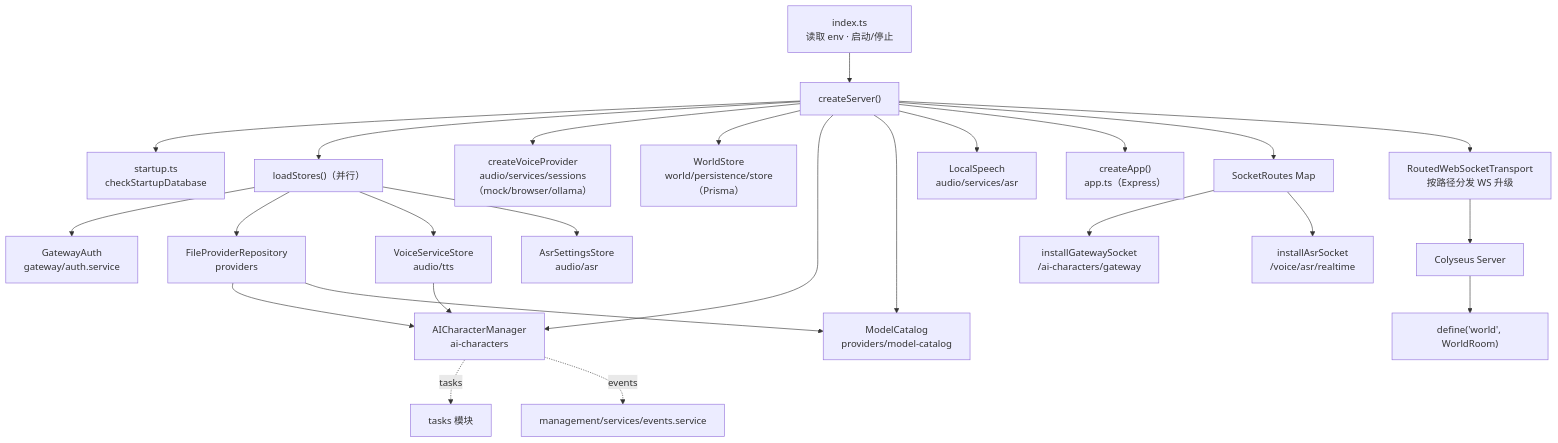
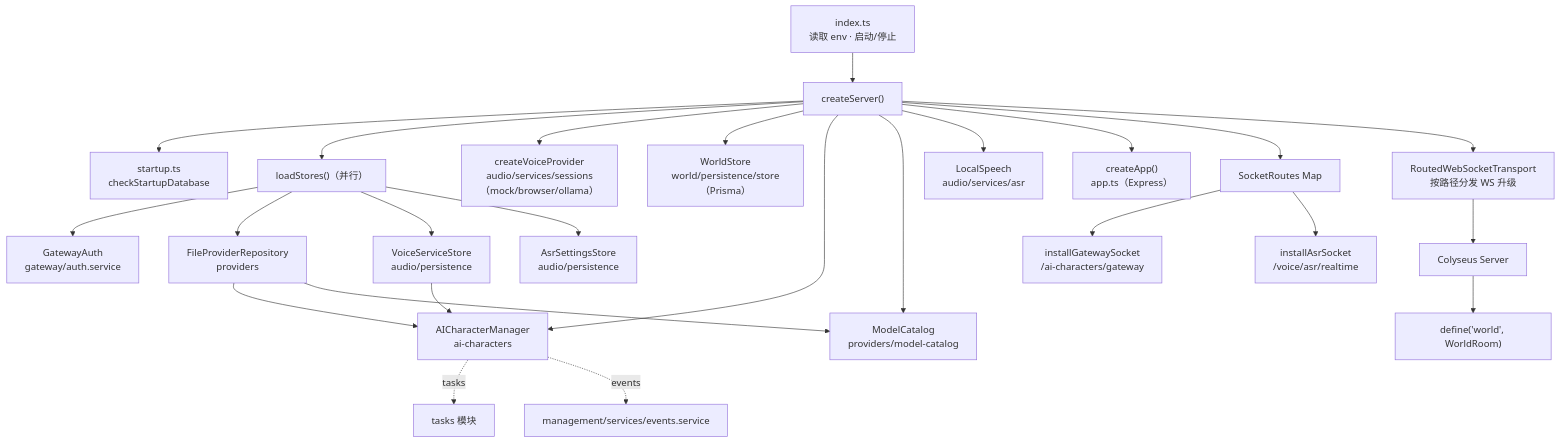
Before and after one commit to lulabs-org/embocraft: the fourth of 14 diagrams in docs/guide/architecture-diagrams.md, drawn with Mermaid. The commit also changed 27 other files, not shown here.

Commit message:
refactor(server): organize audio configuration persistence

````diff
--- a/docs/guide/architecture-diagrams.md
+++ b/docs/guide/architecture-diagrams.md
@@ -87,32 +87,32 @@
 ```mermaid
 graph TD
     Index["index.ts<br/>读取 env · 启动/停止"] --> Create["createServer()"]
 
     Create --> Startup["startup.ts<br/>checkStartupDatabase"]
     Create --> Stores["loadStores()（并行）"]
     Stores --> GA["GatewayAuth<br/>gateway/auth.service"]
     Stores --> PS["FileProviderRepository<br/>providers"]
-    Stores --> VS["VoiceServiceStore<br/>audio/tts"]
-    Stores --> AS["AsrSettingsStore<br/>audio/asr"]
+    Stores --> VS["VoiceServiceStore<br/>audio/persistence"]
+    Stores --> AS["AsrSettingsStore<br/>audio/persistence"]
 
     Create --> VP["createVoiceProvider<br/>audio/services/sessions（mock/browser/ollama）"]
     Create --> WS["WorldStore<br/>world/persistence/store（Prisma）"]
     Create --> ACM["AICharacterManager<br/>ai-characters"]
     Create --> MC["ModelCatalog<br/>providers/model-catalog"]
     Create --> LS["LocalSpeech<br/>audio/services/asr"]
 
     Create --> App["createApp()<br/>app.ts（Express）"]
     Create --> Sockets["SocketRoutes Map"]
     Sockets --> GWS["installGatewaySocket<br/>/ai-characters/gateway"]
     Sockets --> ASRS["installAsrSocket<br/>/voice/asr/realtime"]
 
     Create --> Transport["RoutedWebSocketTransport<br/>按路径分发 WS 升级"]
     Transport --> Colyseus["Colyseus Server"]
     Colyseus --> Room["define('world', WorldRoom)"]
 
     ACM -.->|tasks| Tasks["tasks 模块"]
     ACM -.->|events| Events["management/services/events.service"]
     PS --> ACM
     VS --> ACM
     PS --> MC
 ```
````
